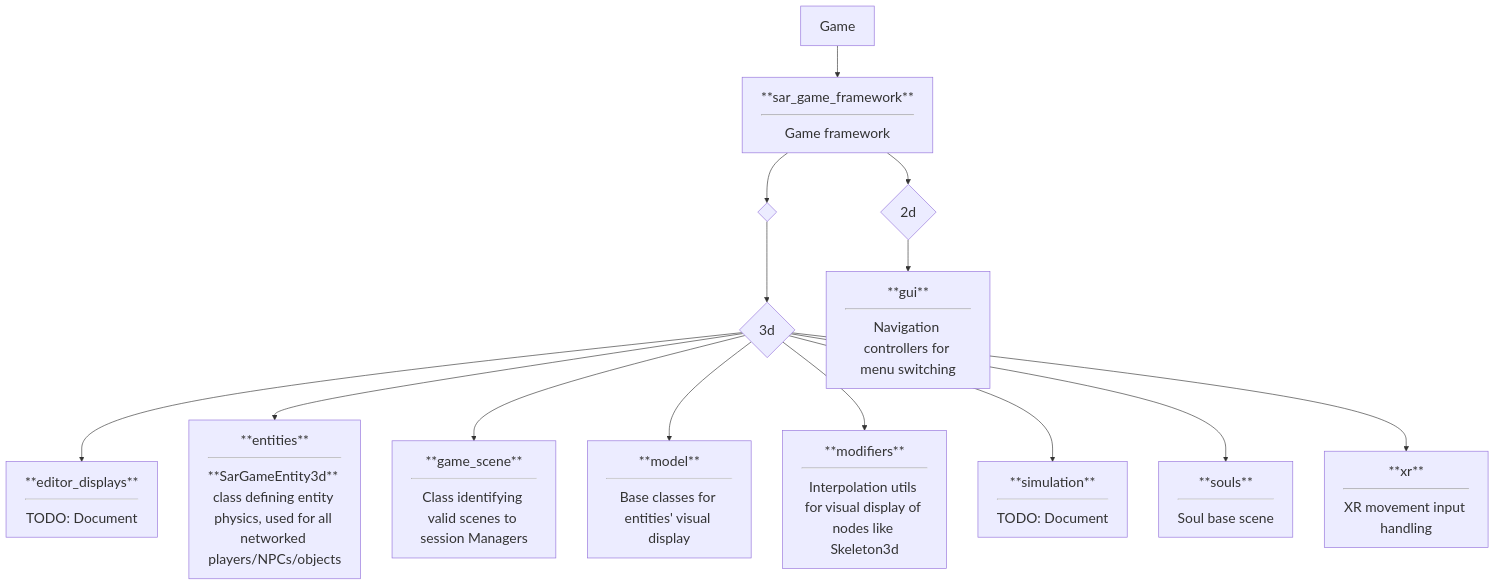
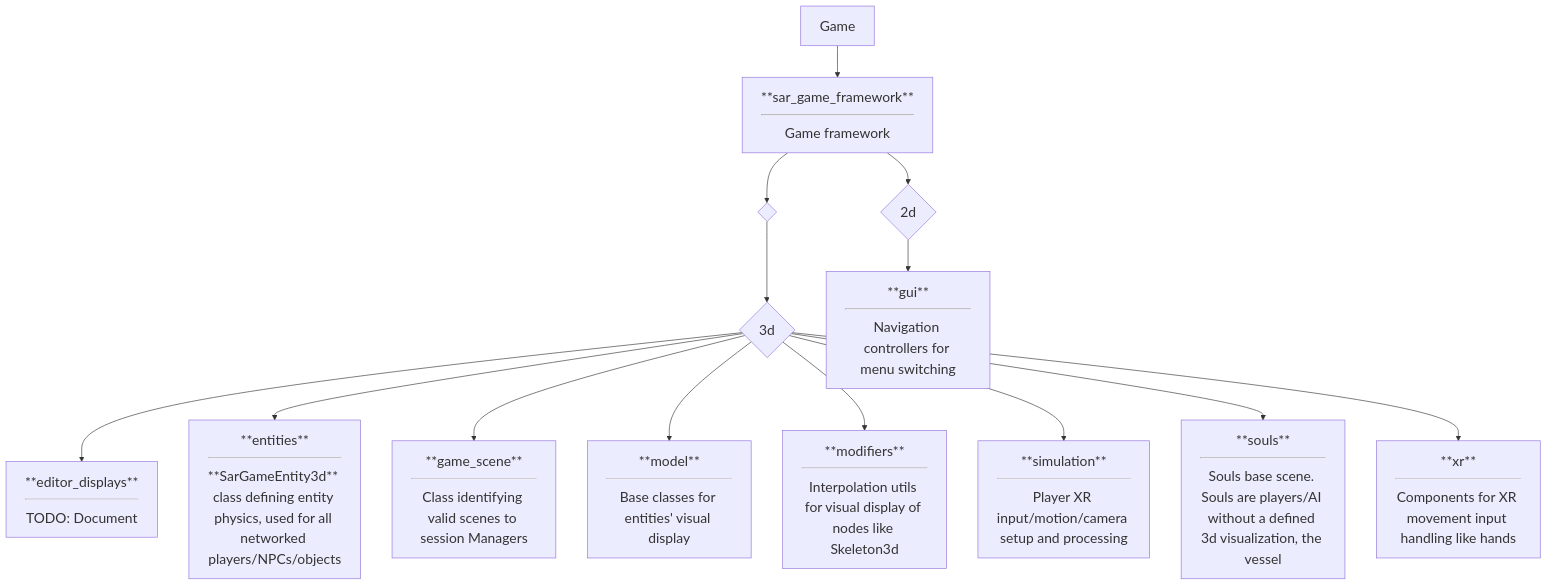
Before and after one commit to dragonhunt02/v-sekai-game: the third of 11 diagrams in CODEBASE.md, drawn with Mermaid. The commit also changed other lines of this file, not shown here.

````diff
--- a/CODEBASE.md
+++ b/CODEBASE.md
@@ -40,20 +40,20 @@
 ```mermaid
 
 %%{init: {'themeVariables': { 'fontSize': '22px' }}}%%
 flowchart TD
         Game --> addon11[**sar_game_framework**<hr>Game framework]
             addon11 --> ctrl1{"2d"}
             addon11 --> ctrl2{" "}
             ctrl2 --> ctrl3{"3d"}
             ctrl1 --> dir1[**gui**<hr>Navigation controllers for menu switching]
             ctrl3 --> dir2[**editor_displays**<hr>TODO: Document]
             ctrl3 --> dir3[**entities**<hr>**SarGameEntity3d** class defining entity physics, used for all networked players/NPCs/objects]
             ctrl3 --> dir4[**game_scene**<hr>Class identifying valid scenes to session Managers]
             ctrl3 --> dir5[**model**<hr>Base classes for entities' visual display]
             ctrl3 --> dir6[**modifiers**<hr>Interpolation utils for visual display of nodes like Skeleton3d]
-            ctrl3 --> dir7[**simulation**<hr>TODO: Document]
-            ctrl3 --> dir8[**souls**<hr>Soul base scene]
-            ctrl3 --> dir9[**xr**<hr>XR movement input handling]
+            ctrl3 --> dir7[**simulation**<hr>Player XR input/motion/camera setup and processing]
+            ctrl3 --> dir8[**souls**<hr>Souls base scene. Souls are players/AI without a defined 3d visualization, the vessel]
+            ctrl3 --> dir9[**xr**<hr>Components for XR movement input handling like hands]
     classDef Category font-size:30px
     class 2d Category
 ```
````
